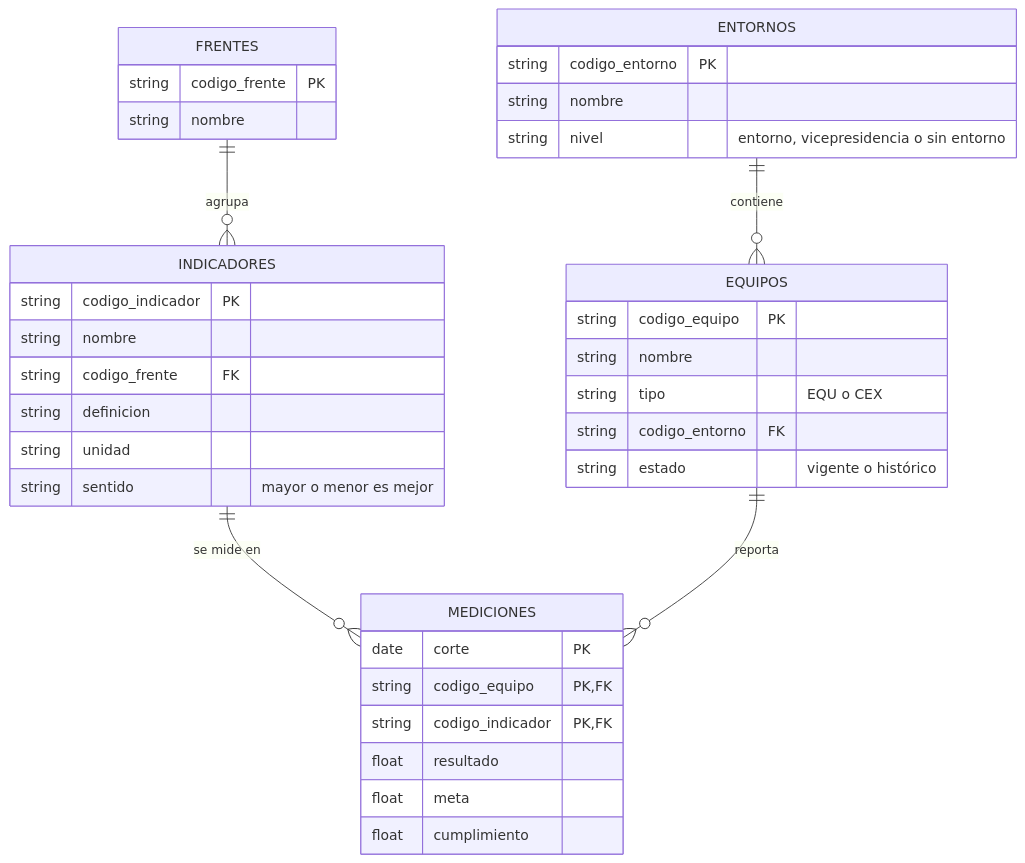
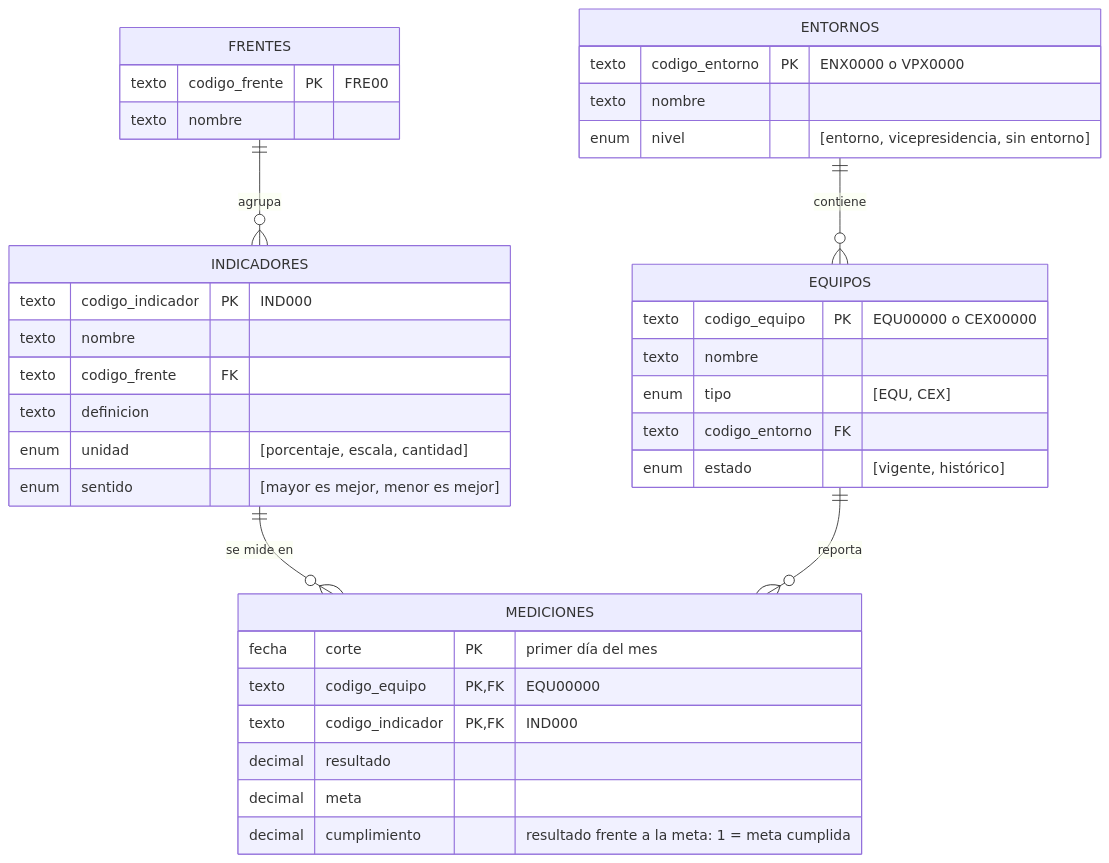
Before and after one commit to santiagoneusa/cib-de-technical-interview: the diagram in README.md, drawn with Mermaid. The commit also changed other lines of this file and 4 other files, not shown here.

Commit message:
README: diagramas con tipos, enums y notación PK/FK; títulos afirmativos

````diff
--- a/README.md
+++ b/README.md
@@ -24,39 +27,39 @@
 ```mermaid
 erDiagram
-    FRENTES ||--o{ INDICADORES : agrupa
+    FRENTES ||--o{ INDICADORES : "agrupa"
     INDICADORES ||--o{ MEDICIONES : "se mide en"
-    EQUIPOS ||--o{ MEDICIONES : reporta
-    ENTORNOS ||--o{ EQUIPOS : contiene
+    EQUIPOS ||--o{ MEDICIONES : "reporta"
+    ENTORNOS ||--o{ EQUIPOS : "contiene"
     MEDICIONES {
-        date corte PK
-        string codigo_equipo PK, FK
-        string codigo_indicador PK, FK
-        float resultado
-        float meta
-        float cumplimiento
+        fecha corte PK "primer día del mes"
+        texto codigo_equipo PK, FK "EQU00000"
+        texto codigo_indicador PK, FK "IND000"
+        decimal resultado
+        decimal meta
+        decimal cumplimiento "resultado frente a la meta: 1 = meta cumplida"
     }
     EQUIPOS {
-        string codigo_equipo PK
-        string nombre
-        string tipo "EQU o CEX"
-        string codigo_entorno FK
-        string estado "vigente o histórico"
+        texto codigo_equipo PK "EQU00000 o CEX00000"
+        texto nombre
+        enum tipo "[EQU, CEX]"
+        texto codigo_entorno FK
+        enum estado "[vigente, histórico]"
     }
     ENTORNOS {
-        string codigo_entorno PK
-        string nombre
-        string nivel "entorno, vicepresidencia o sin entorno"
+        texto codigo_entorno PK "ENX0000 o VPX0000"
+        texto nombre
+        enum nivel "[entorno, vicepresidencia, sin entorno]"
     }
     INDICADORES {
-        string codigo_indicador PK
-        string nombre
-        string codigo_frente FK
-        string definicion
-        string unidad
-        string sentido "mayor o menor es mejor"
+        texto codigo_indicador PK "IND000"
+        texto nombre
+        texto codigo_frente FK
+        texto definicion
+        enum unidad "[porcentaje, escala, cantidad]"
+        enum sentido "[mayor es mejor, menor es mejor]"
     }
     FRENTES {
-        string codigo_frente PK
-        string nombre
+        texto codigo_frente PK "FRE00"
+        texto nombre
     }
 ```
````
